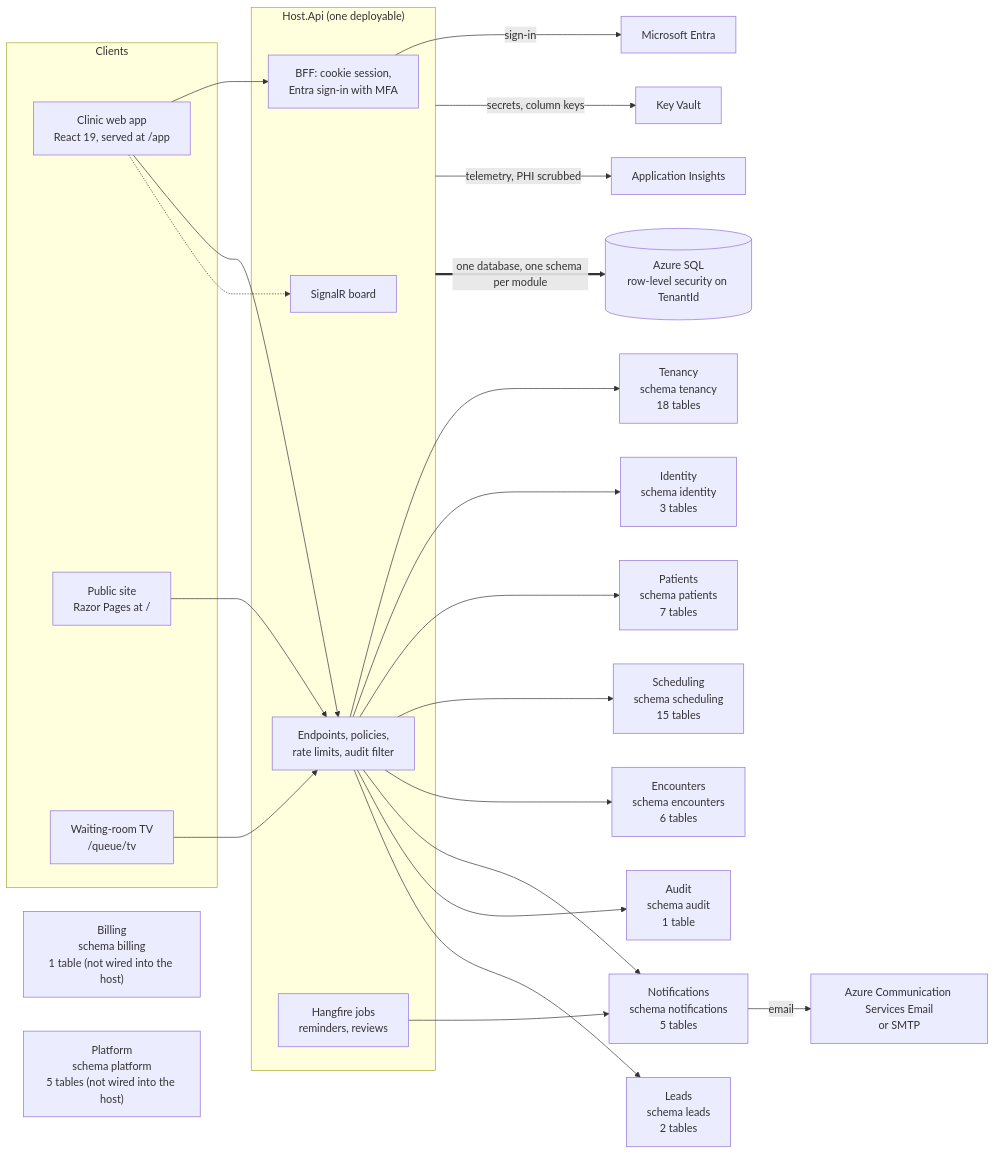
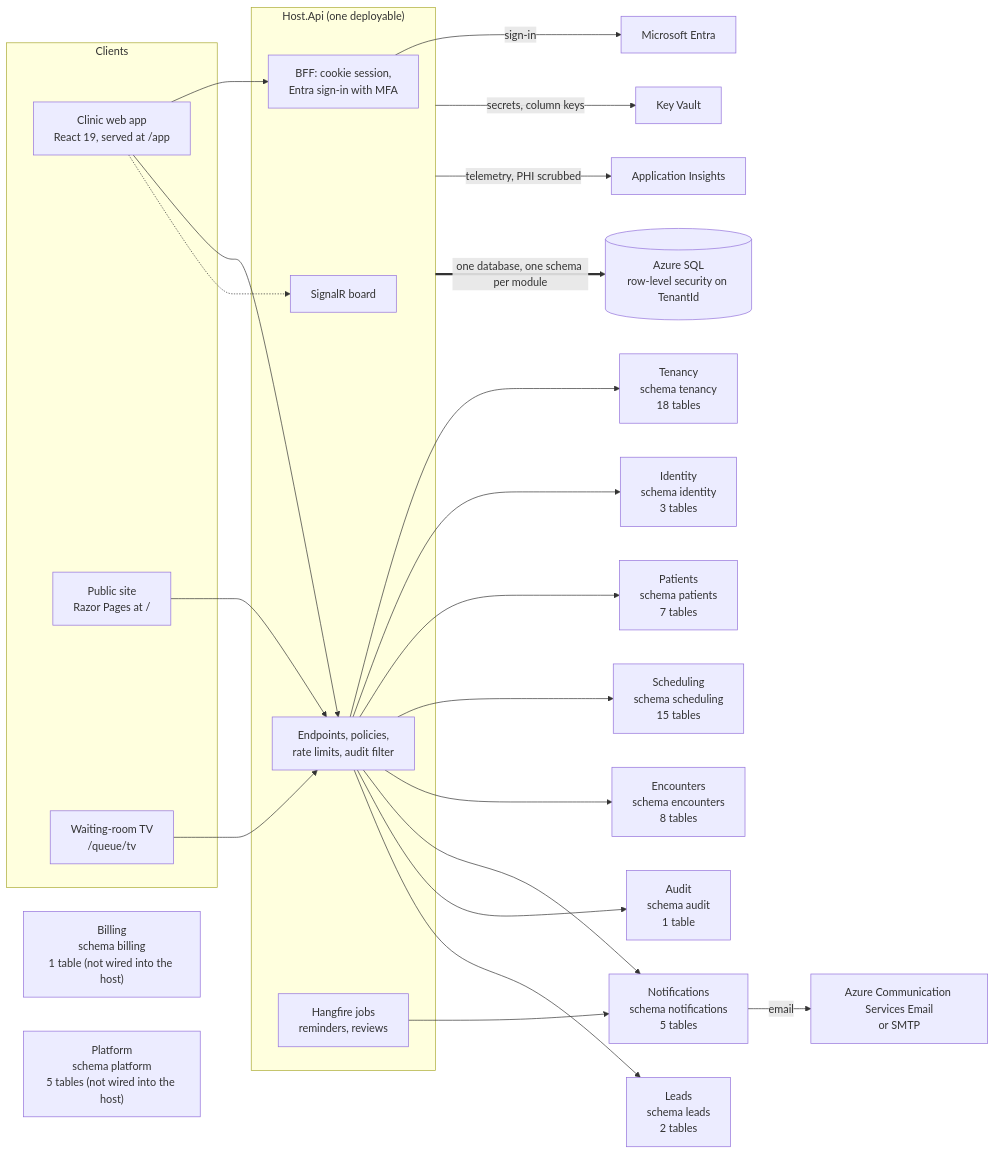
The first of 13 diagrams in docs/03-architecture/erd.md (ALFRED-LUCIFER/medvya), drawn with Mermaid before and after one commit. The commit also changed other lines of this file and 42 other files, not shown here.

````diff
--- a/docs/03-architecture/erd.md
+++ b/docs/03-architecture/erd.md
@@ -15,35 +15,35 @@
 ```mermaid
 flowchart LR
   subgraph Clients
     web["Clinic web app<br/>React 19, served at /app"]
     site["Public site<br/>Razor Pages at /"]
     tv["Waiting-room TV<br/>/queue/tv"]
   end
   subgraph Host["Host.Api (one deployable)"]
     bff["BFF: cookie session,<br/>Entra sign-in with MFA"]
     api["Endpoints, policies,<br/>rate limits, audit filter"]
     hub["SignalR board"]
     jobs["Hangfire jobs<br/>reminders, reviews"]
   end
   web --> bff
   web --> api
   web -.-> hub
   tv --> api
   site --> api
   api --> Tenancy["Tenancy<br/>schema tenancy<br/>18 tables"]
   api --> Identity["Identity<br/>schema identity<br/>3 tables"]
   api --> Patients["Patients<br/>schema patients<br/>7 tables"]
   api --> Scheduling["Scheduling<br/>schema scheduling<br/>15 tables"]
-  api --> Encounters["Encounters<br/>schema encounters<br/>6 tables"]
+  api --> Encounters["Encounters<br/>schema encounters<br/>8 tables"]
   api --> Notifications["Notifications<br/>schema notifications<br/>5 tables"]
   api --> Audit["Audit<br/>schema audit<br/>1 table"]
   api --> Leads["Leads<br/>schema leads<br/>2 tables"]
   Billing["Billing<br/>schema billing<br/>1 table (not wired into the host)"]
   Platform["Platform<br/>schema platform<br/>5 tables (not wired into the host)"]
   jobs --> Notifications
   bff -->|"sign-in"| entra["Microsoft Entra"]
   Notifications -->|"email"| mail["Azure Communication Services Email<br/>or SMTP"]
   Host -->|"secrets, column keys"| kv["Key Vault"]
   Host -->|"telemetry, PHI scrubbed"| ai["Application Insights"]
   Host ==>|"one database, one schema per module"| sql[("Azure SQL<br/>row-level security on TenantId")]
 ```
````
